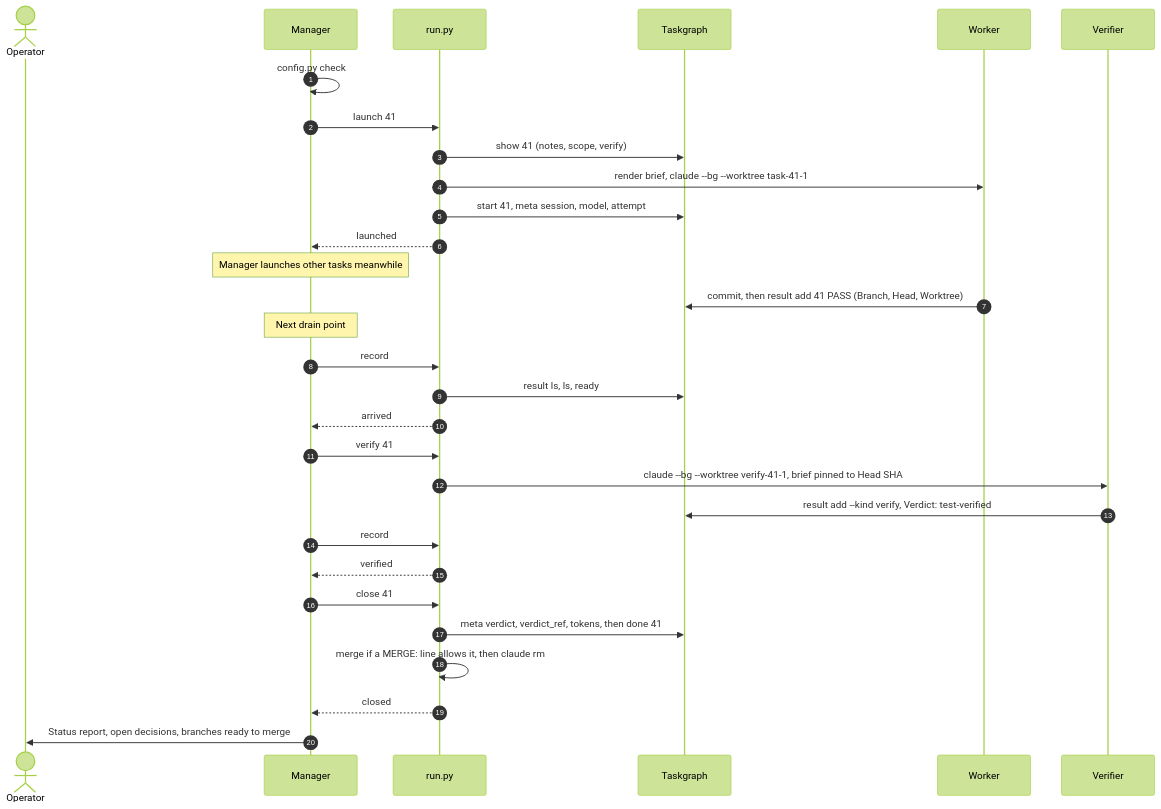
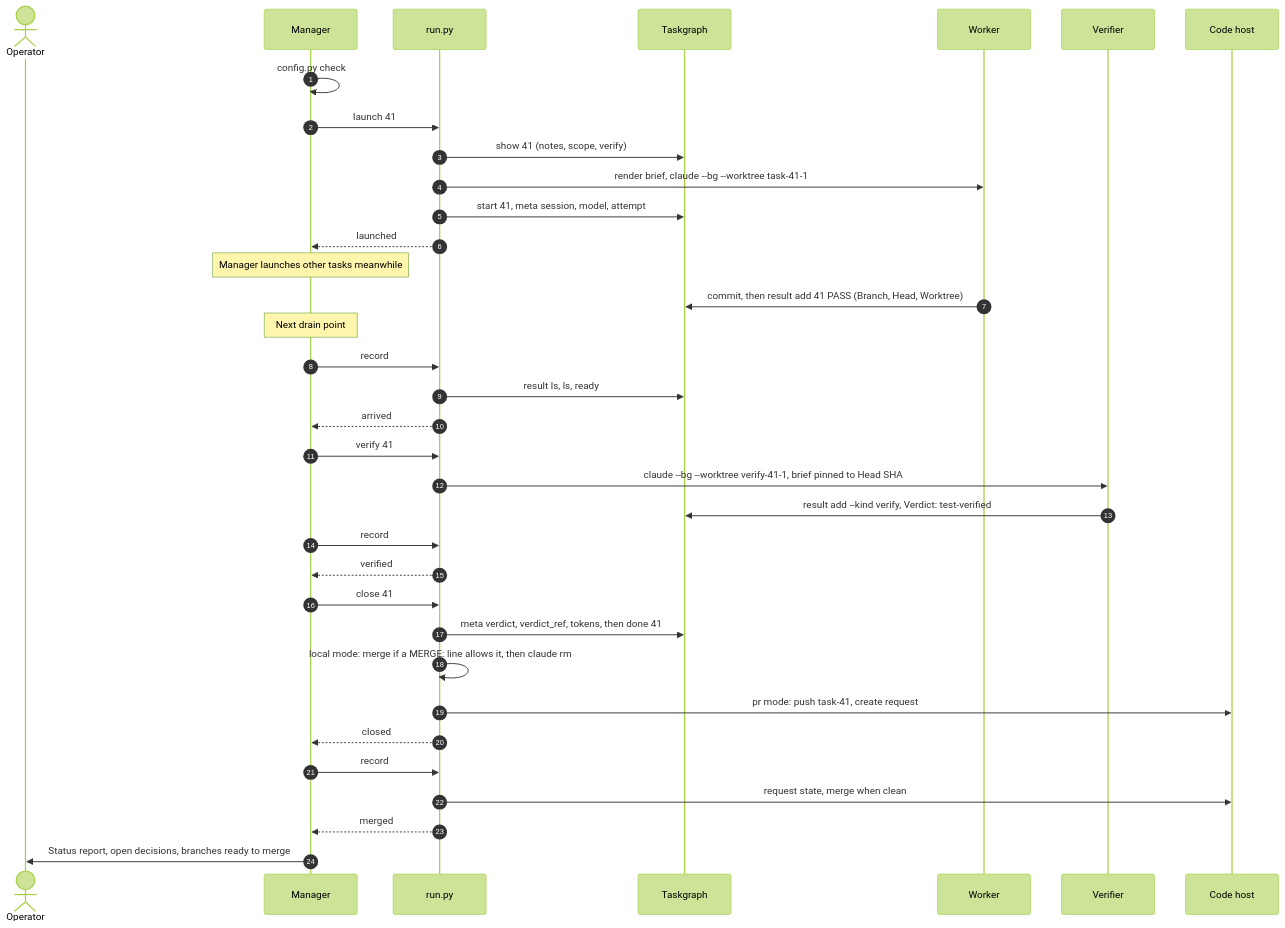
Before and after one commit to ronicayu/ronica-skills: the diagram in plugins/agentic-team/assets/diagrams/sequence.mmd, drawn with Mermaid (forest theme). The commit also changed 24 other files, not shown here.

```diff
--- a/plugins/agentic-team/assets/diagrams/sequence.mmd
+++ b/plugins/agentic-team/assets/diagrams/sequence.mmd
@@ -1,31 +1,36 @@
 sequenceDiagram
   autonumber
   actor OP as Operator
   participant M as Manager
   participant R as run.py
   participant TG as Taskgraph
   participant W as Worker
   participant V as Verifier
+  participant H as Code host
 
   M->>M: config.py check
   M->>R: launch 41
   R->>TG: show 41 (notes, scope, verify)
   R->>W: render brief, claude --bg --worktree task-41-1
   R->>TG: start 41, meta session, model, attempt
   R-->>M: launched #41 attempt 1
   Note over M: Manager launches other tasks meanwhile
   W->>TG: commit, then result add 41 PASS (Branch, Head, Worktree)
   Note over M: Next drain point
   M->>R: record
   R->>TG: result ls, ls, ready
   R-->>M: arrived #41 attempt 1: PASS
   M->>R: verify 41
   R->>V: claude --bg --worktree verify-41-1, brief pinned to Head SHA
   V->>TG: result add --kind verify, Verdict: test-verified
   M->>R: record
   R-->>M: verified #41 attempt 1: Verdict test-verified
   M->>R: close 41
   R->>TG: meta verdict, verdict_ref, tokens, then done 41
-  R->>R: merge if a MERGE: line allows it, then claude rm
+  R->>R: local mode: merge if a MERGE: line allows it, then claude rm
+  R->>H: pr mode: push task-41, create request
   R-->>M: closed #41, then merged or ready-to-merge
+  M->>R: record
+  R->>H: request state, merge when clean
+  R-->>M: merged #41, or the request state
   M->>OP: Status report, open decisions, branches ready to merge
```
